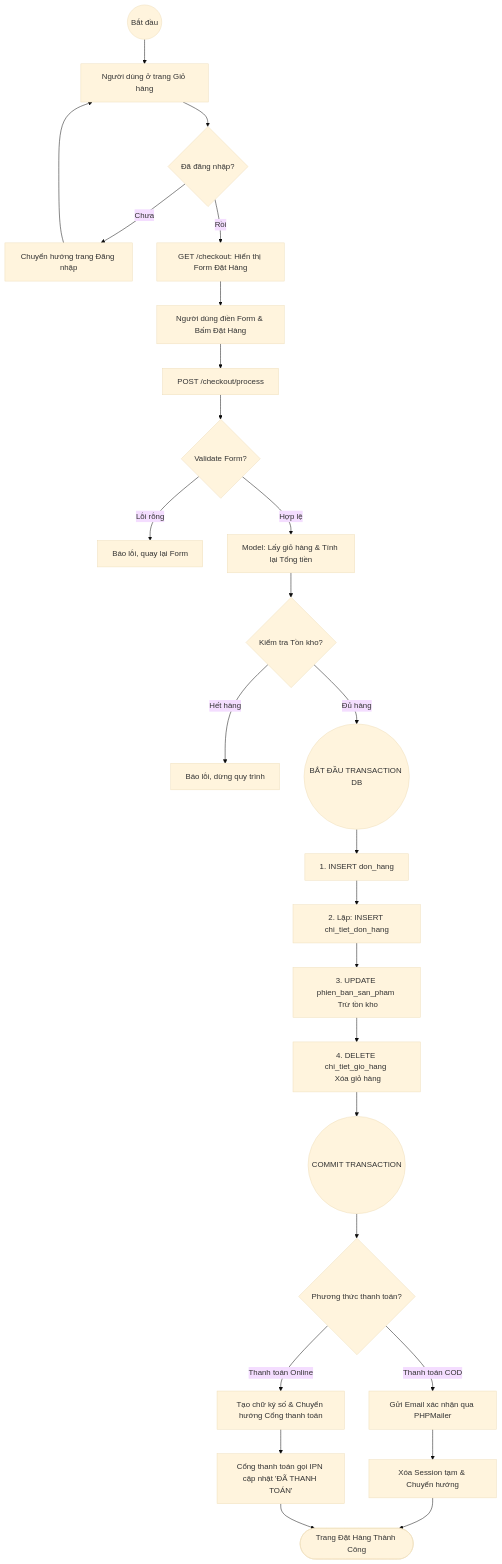
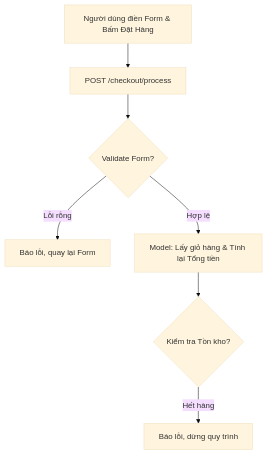
One commit to chinhngprit/process-diagram_web01 changed the second of 4 diagrams in README.md. Above: the diagram before and after it, drawn with Mermaid (base theme). The commit also changed other lines of this file, not shown here.

Commit message:
Sơ đồ quy trình đặt hàng

````diff
--- a/README.md
+++ b/README.md
@@ -3,35 +14,9 @@
 ```mermaid
 graph TD
-    Start((Bắt đầu)) --> A[Người dùng ở trang Giỏ hàng]
-    A --> B{Đã đăng nhập?}
-    B -- Chưa --> C[Chuyển hướng trang Đăng nhập]
-    C --> A
-    B -- Rồi --> D[GET /checkout: Hiển thị Form Đặt Hàng]
-    D --> E[Người dùng điền Form & Bấm Đặt Hàng]
-    E --> F[POST /checkout/process]
-    
-    %% Validate & Check logic
+    E[Người dùng điền Form & Bấm Đặt Hàng] --> F[POST /checkout/process]
     F --> G{Validate Form?}
     G -- Lỗi rỗng --> H[Báo lỗi, quay lại Form]
     G -- Hợp lệ --> I[Model: Lấy giỏ hàng & Tính lại Tổng tiền]
     I --> J{Kiểm tra Tồn kho?}
     J -- Hết hàng --> K[Báo lỗi, dừng quy trình]
-    
-    %% Transaction DB
-    J -- Đủ hàng --> L((BẮT ĐẦU TRANSACTION DB))
-    L --> M[1. INSERT don_hang]
-    M --> N[2. Lặp: INSERT chi_tiet_don_hang]
-    N --> O[3. UPDATE phien_ban_san_pham <br/> Trừ tồn kho]
-    O --> P[4. DELETE chi_tiet_gio_hang <br/> Xóa giỏ hàng]
-    P --> Q((COMMIT TRANSACTION))
-    
-    %% Post processing
-    Q --> R{Phương thức thanh toán?}
-    R -- Thanh toán Online --> S[Tạo chữ ký số & Chuyển hướng Cổng thanh toán]
-    S --> T[Cổng thanh toán gọi IPN cập nhật 'ĐÃ THANH TOÁN']
-    
-    R -- Thanh toán COD --> U[Gửi Email xác nhận qua PHPMailer]
-    U --> V[Xóa Session tạm & Chuyển hướng]
-    V --> W([Trang Đặt Hàng Thành Công])
-    T --> W
 ```
````
